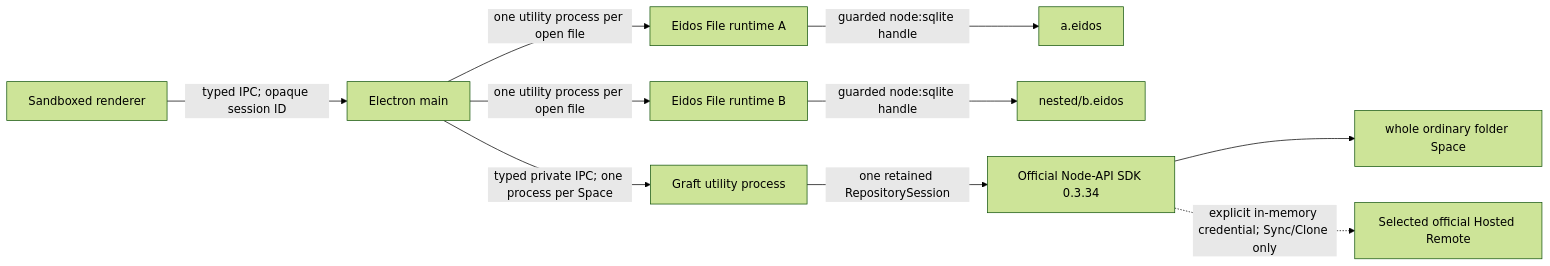
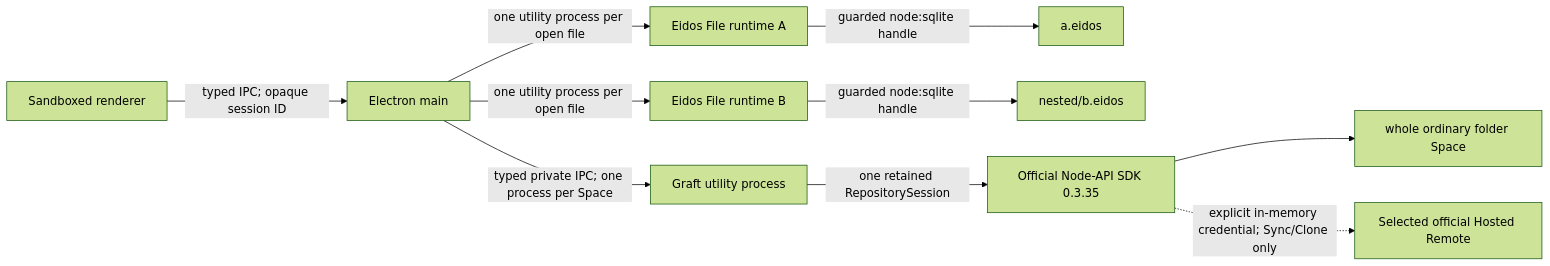
One commit to mayneyao/eidos changed the first of 3 diagrams in apps/eidos-lite-desktop/docs/ARCHITECTURE.md. Above: the diagram before and after it, drawn with Mermaid (forest theme). The commit also changed other lines of this file and 11 other files, not shown here.

````diff
--- a/apps/eidos-lite-desktop/docs/ARCHITECTURE.md
+++ b/apps/eidos-lite-desktop/docs/ARCHITECTURE.md
@@ -94,12 +94,12 @@
 ```mermaid
 flowchart LR
   R["Sandboxed renderer"] -->|"typed IPC; opaque session ID"| M["Electron main"]
   M -->|"one utility process per open file"| F1["Eidos File runtime A"]
   M -->|"one utility process per open file"| F2["Eidos File runtime B"]
   F1 -->|"guarded node:sqlite handle"| E1["a.eidos"]
   F2 -->|"guarded node:sqlite handle"| E2["nested/b.eidos"]
   M -->|"typed private IPC; one process per Space"| G["Graft utility process"]
-  G -->|"one retained RepositorySession"| N["Official Node-API SDK 0.3.34"]
+  G -->|"one retained RepositorySession"| N["Official Node-API SDK 0.3.35"]
   N --> S["whole ordinary folder Space"]
   N -. "explicit in-memory credential; Sync/Clone only" .-> H["Selected official Hosted Remote"]
 ```
````
